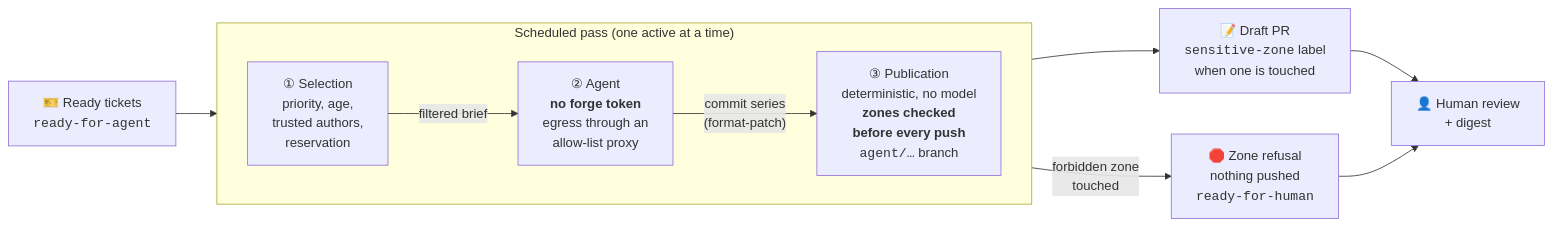
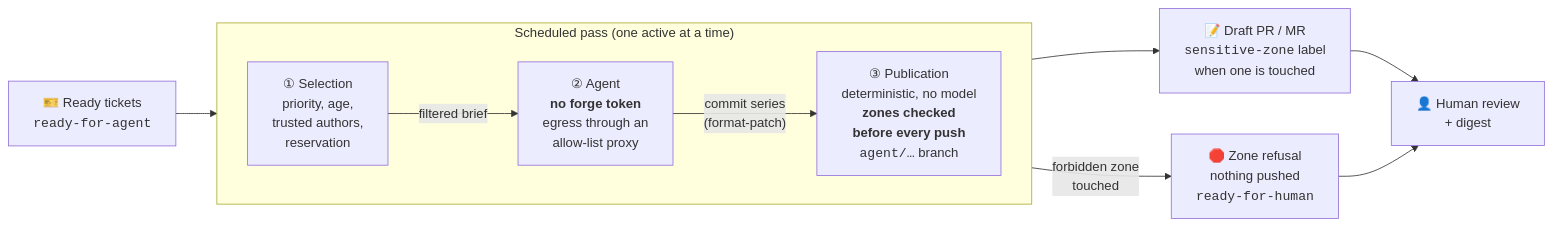
The diagram in README.md (UnPoilTefal/night-shift), drawn with Mermaid before and after one commit. The commit also changed other lines of this file and 13 other files, not shown here.

````diff
--- a/README.md
+++ b/README.md
@@ -21,18 +21,18 @@
 ```mermaid
 flowchart LR
     T["🎫 Ready tickets<br/><code>ready-for-agent</code>"]
     subgraph P["Scheduled pass (one active at a time)"]
         direction LR
         S["① Selection<br/>priority, age,<br/>trusted authors,<br/>reservation"]
         A["② Agent<br/><b>no forge token</b><br/>egress through an<br/>allow-list proxy"]
         U["③ Publication<br/>deterministic, no model<br/><b>zones checked<br/>before every push</b><br/><code>agent/…</code> branch"]
         S -- "filtered brief" --> A
         A -- "commit series<br/>(format-patch)" --> U
     end
-    PR["📝 Draft PR<br/><code>sensitive-zone</code> label<br/>when one is touched"]
+    PR["📝 Draft PR / MR<br/><code>sensitive-zone</code> label<br/>when one is touched"]
     R["🛑 Zone refusal<br/>nothing pushed<br/><code>ready-for-human</code>"]
     H["👤 Human review<br/>+ digest"]
     T --> S
     U --> PR --> H
     U -- "forbidden zone<br/>touched" --> R --> H
 ```
````
